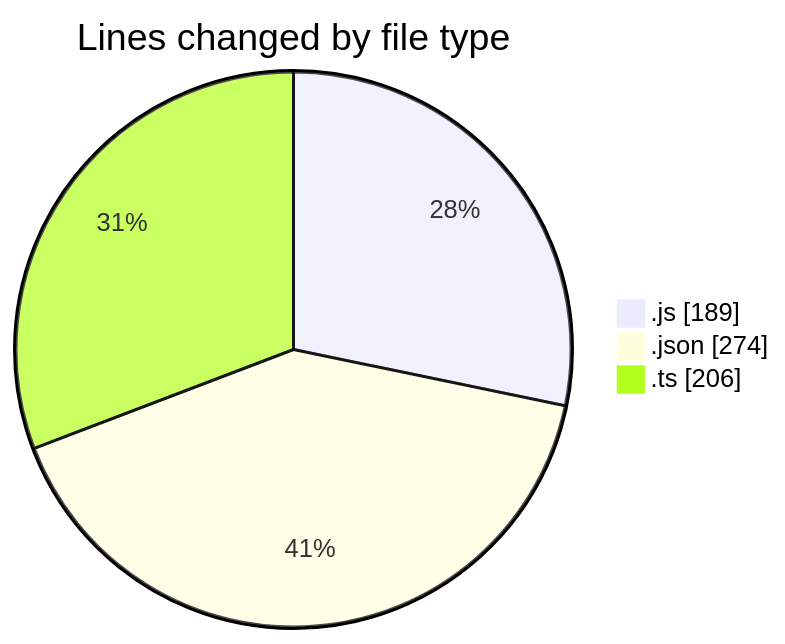
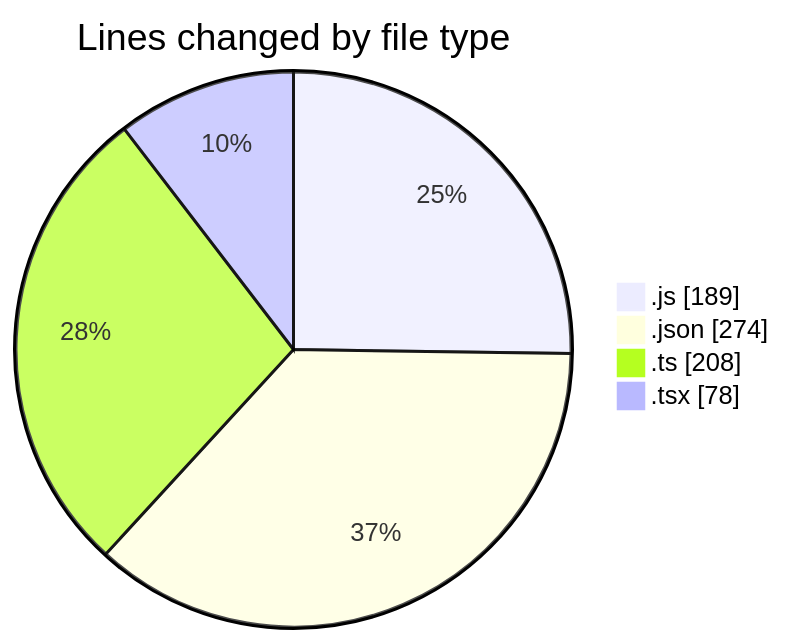
One commit to momahboobian/code-tracking changed the first of 2 diagrams in 2026-04-07/cda/README.md. Above: the diagram before and after it, drawn with Mermaid. The commit also changed other lines of this file and 1 other file, not shown here.

````diff
--- a/2026-04-07/cda/README.md
+++ b/2026-04-07/cda/README.md
@@ -25,7 +26,8 @@
 ```mermaid
 pie showData
 title Lines changed by file type
 ".js" : 189
 ".json" : 274
-".ts" : 206
+".ts" : 208
+".tsx" : 78
 ```
````
